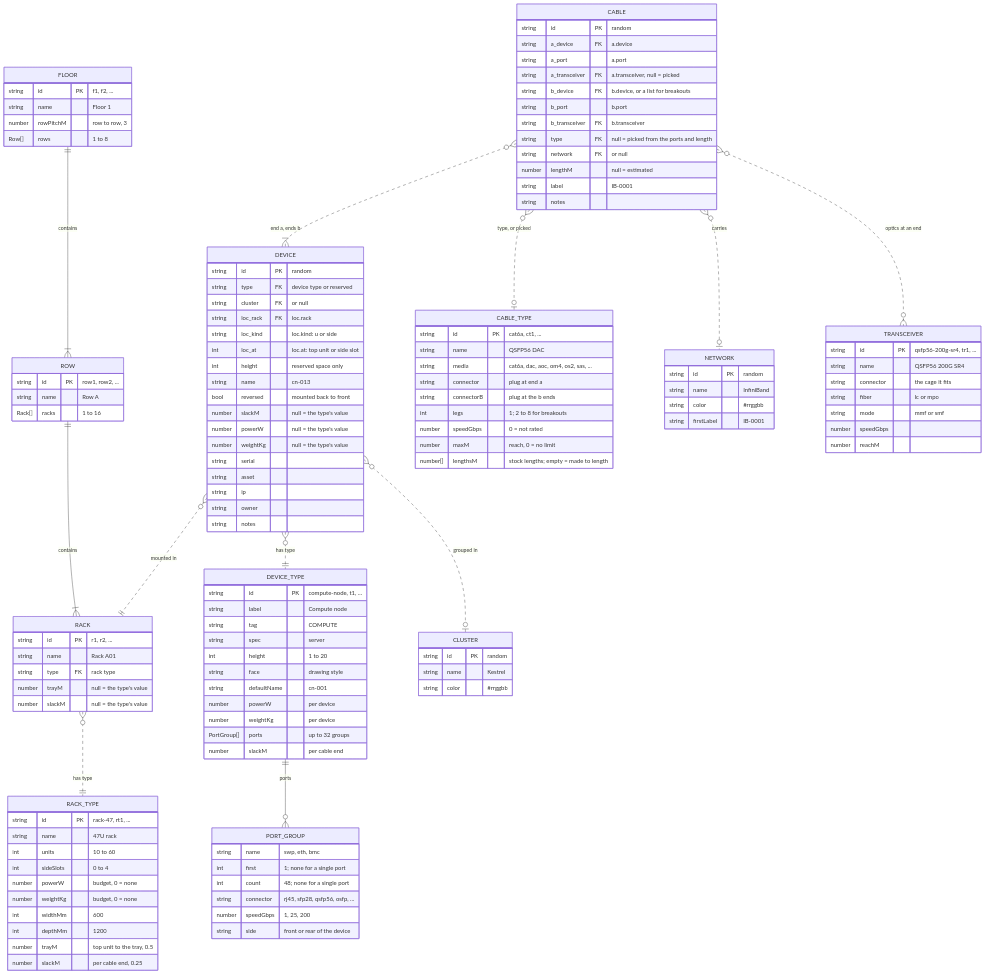
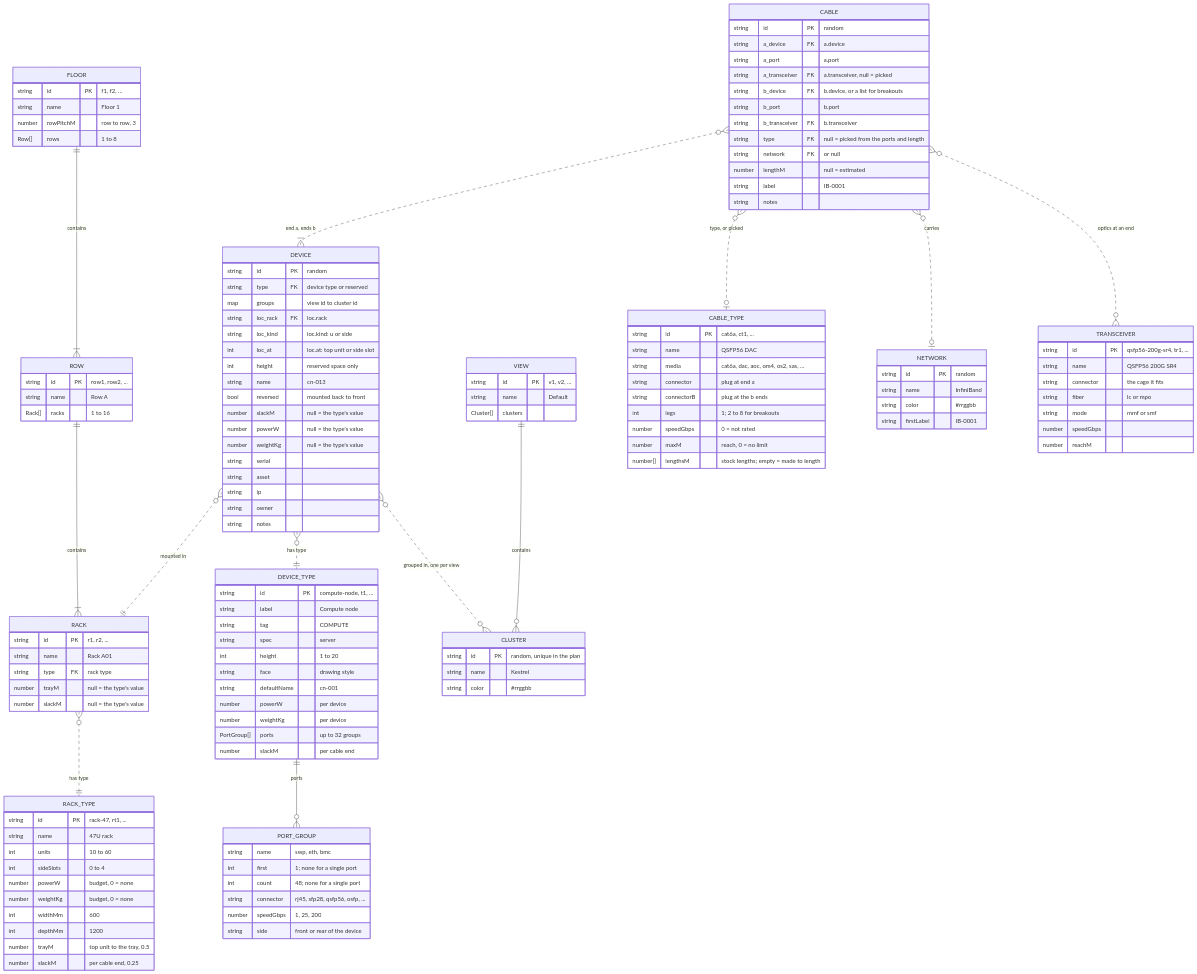
One commit to dennisklein/rackplanner changed the diagram in README.md. Above: the diagram before and after it, drawn with Mermaid. The commit also changed other lines of this file, not shown here.

First line of the commit message:
docs: describe views and schema version 5

```diff
--- a/README.md
+++ b/README.md
@@ -432,7 +448,8 @@
     RACK }o..|| RACK_TYPE : "has type"
     DEVICE }o..|| RACK : "mounted in"
     DEVICE }o..|| DEVICE_TYPE : "has type"
-    DEVICE }o..o| CLUSTER : "grouped in"
+    VIEW ||--o{ CLUSTER : contains
+    DEVICE }o..o{ CLUSTER : "grouped in, one per view"
     DEVICE_TYPE ||--o{ PORT_GROUP : "ports"
     CABLE }o..|{ DEVICE : "end a, ends b"
     CABLE }o..o| CABLE_TYPE : "type, or picked"
@@ -472,7 +489,7 @@
     DEVICE {
         string id PK "random"
         string type FK "device type or reserved"
-        string cluster FK "or null"
+        map groups "view id to cluster id"
         string loc_rack FK "loc.rack"
         string loc_kind "loc.kind: u or side"
         int loc_at "loc.at: top unit or side slot"
@@ -509,8 +526,13 @@
         number speedGbps "1, 25, 200"
         string side "front or rear of the device"
     }
+    VIEW {
+        string id PK "v1, v2, ..."
+        string name "Default"
+        Cluster[] clusters
+    }
     CLUSTER {
-        string id PK "random"
+        string id PK "random, unique in the plan"
         string name "Kestrel"
         string color "#rrggbb"
     }
```
